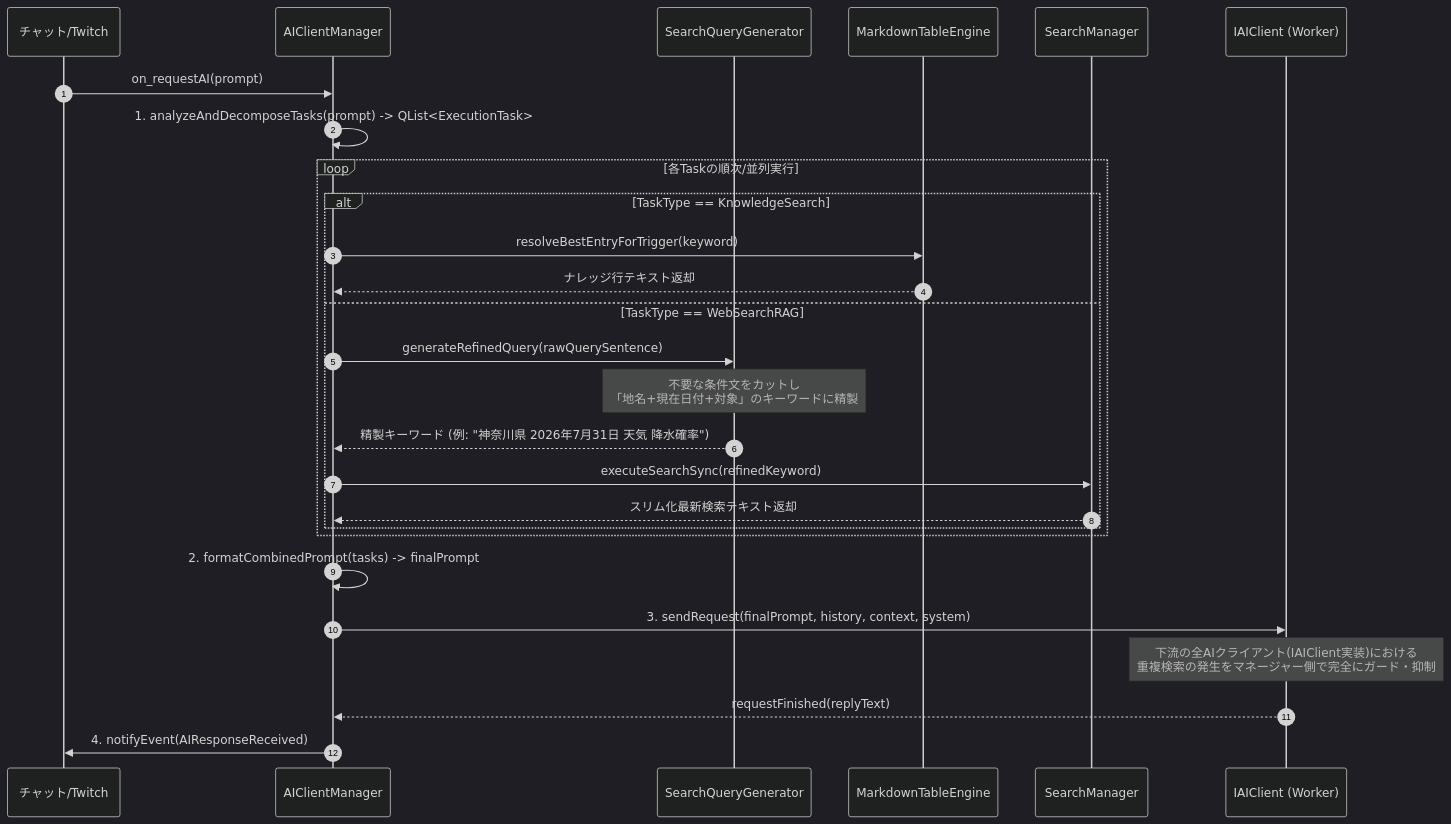
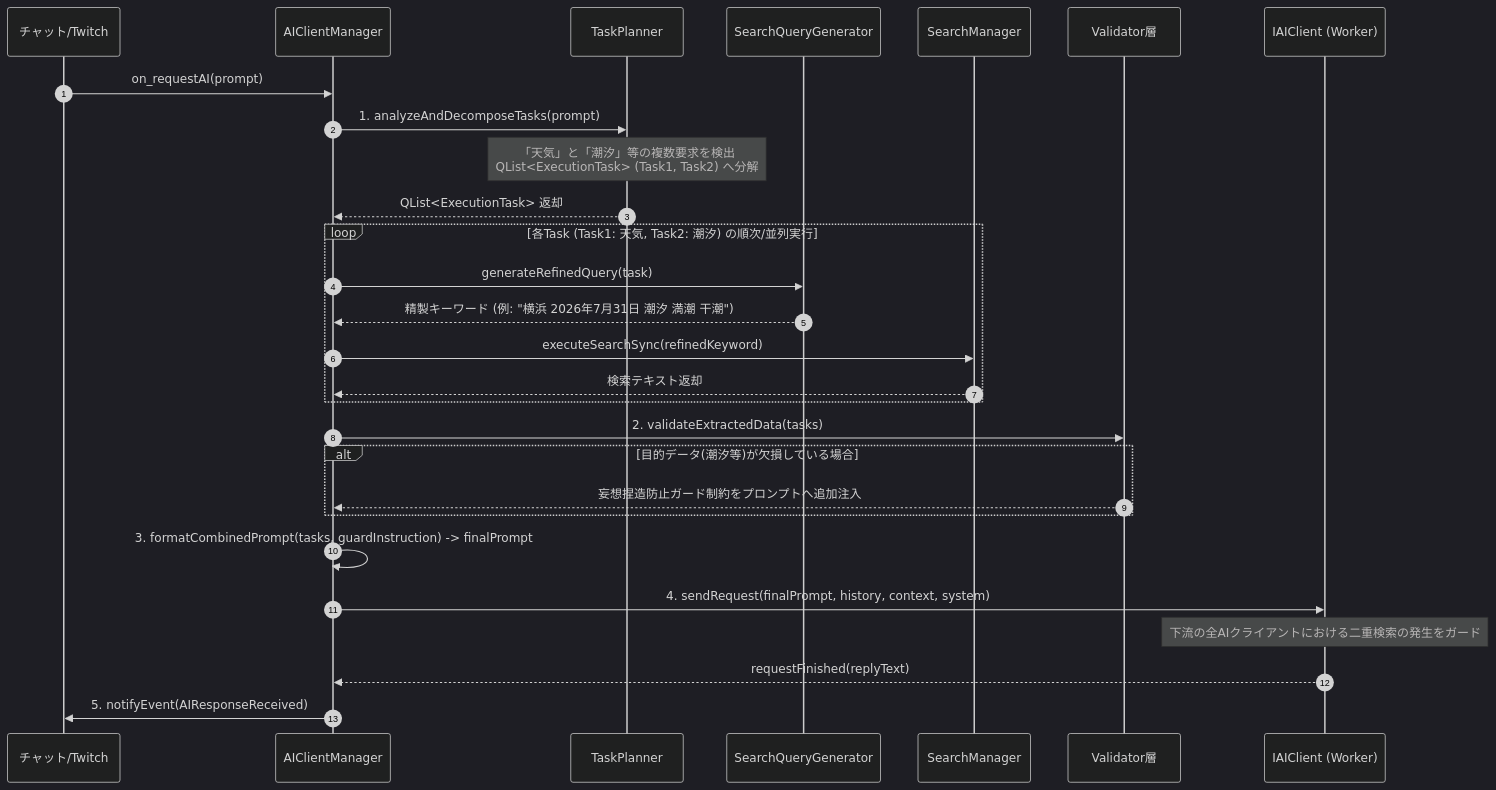
Before and after one commit to BLUE000/AiAssistantAvatar: the diagram in doc/DetailedDesign.md, drawn with Mermaid (dark theme). The commit also changed 4 other files, not shown here.

Commit message:
doc: update specification documents for Multi-Task TaskPlanner and Validator layer with Mermaid diagrams

````diff
--- a/doc/DetailedDesign.md
+++ b/doc/DetailedDesign.md
@@ -2114,32 +2114,34 @@
 ```mermaid
 sequenceDiagram
     autonumber
     participant UI as チャット/Twitch
     participant ACM as AIClientManager
+    participant TP as TaskPlanner
     participant SQG as SearchQueryGenerator
-    participant MTE as MarkdownTableEngine
     participant SM as SearchManager
+    participant Val as Validator層
     participant Client as IAIClient (Worker)
 
     UI->>ACM: on_requestAI(prompt)
-    ACM->>ACM: 1. analyzeAndDecomposeTasks(prompt) -> QList<ExecutionTask>
+    ACM->>TP: 1. analyzeAndDecomposeTasks(prompt)
+    Note over TP: 「天気」と「潮汐」等の複数要求を検出<br>QList<ExecutionTask> (Task1, Task2) へ分解
+    TP-->>ACM: QList<ExecutionTask> 返却
     
-    loop 各Taskの順次/並列実行
-        alt TaskType == KnowledgeSearch
-            ACM->>MTE: resolveBestEntryForTrigger(keyword)
-            MTE-->>ACM: ナレッジ行テキスト返却
-        else TaskType == WebSearchRAG
-            ACM->>SQG: generateRefinedQuery(rawQuerySentence)
-            Note over SQG: 不要な条件文をカットし<br>「地名+現在日付+対象」のキーワードに精製
-            SQG-->>ACM: 精製キーワード (例: "神奈川県 2026年7月31日 天気 降水確率")
-            ACM->>SM: executeSearchSync(refinedKeyword)
-            SM-->>ACM: スリム化最新検索テキスト返却
-        end
+    loop 各Task (Task1: 天気, Task2: 潮汐) の順次/並列実行
+        ACM->>SQG: generateRefinedQuery(task)
+        SQG-->>ACM: 精製キーワード (例: "横浜 2026年7月31日 潮汐 満潮 干潮")
+        ACM->>SM: executeSearchSync(refinedKeyword)
+        SM-->>ACM: 検索テキスト返却
     end
 
-    ACM->>ACM: 2. formatCombinedPrompt(tasks) -> finalPrompt
-    ACM->>Client: 3. sendRequest(finalPrompt, history, context, system)
-    Note over Client: 下流の全AIクライアント(IAIClient実装)における<br>重複検索の発生をマネージャー側で完全にガード・抑制
+    ACM->>Val: 2. validateExtractedData(tasks)
+    alt 目的データ(潮汐等)が欠損している場合
+        Val-->>ACM: 妄想捏造防止ガード制約をプロンプトへ追加注入
+    end
+
+    ACM->>ACM: 3. formatCombinedPrompt(tasks, guardInstruction) -> finalPrompt
+    ACM->>Client: 4. sendRequest(finalPrompt, history, context, system)
+    Note over Client: 下流の全AIクライアントにおける二重検索の発生をガード
     Client-->>ACM: requestFinished(replyText)
-    ACM->>UI: 4. notifyEvent(AIResponseReceived)
+    ACM->>UI: 5. notifyEvent(AIResponseReceived)
 ```
````
